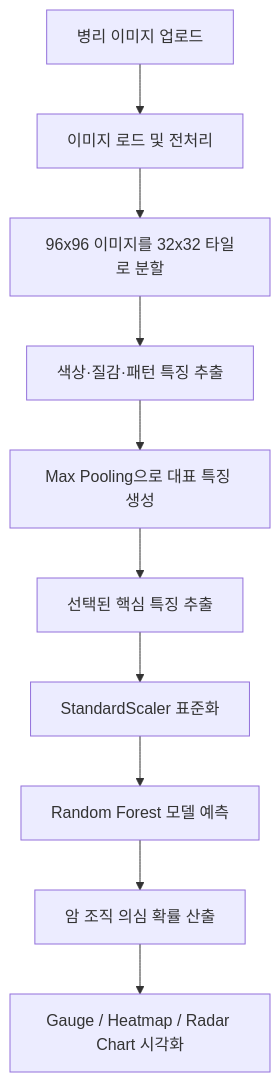
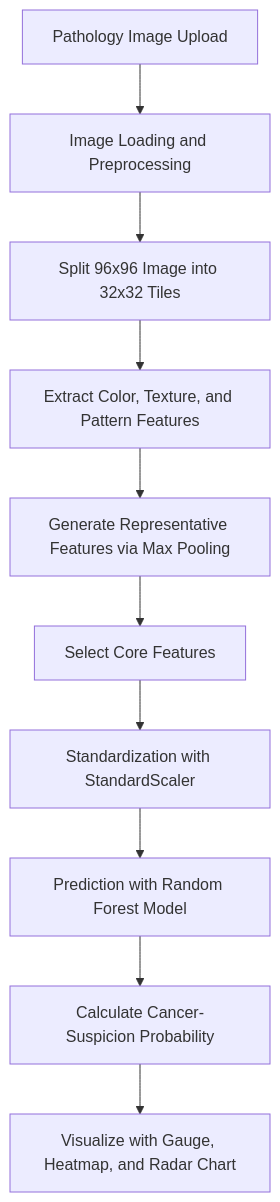
One commit to jechoi2026-00/PathoCancerAI changed the diagram in README.md. Above: the diagram before and after it, drawn with Mermaid. The commit also changed other lines of this file, not shown here.

````diff
--- a/README.md
+++ b/README.md
@@ -85,12 +85,12 @@
 ```mermaid
 flowchart TD
-    A[병리 이미지 업로드] --> B[이미지 로드 및 전처리]
-    B --> C[96x96 이미지를 32x32 타일로 분할]
-    C --> D[색상·질감·패턴 특징 추출]
-    D --> E[Max Pooling으로 대표 특징 생성]
-    E --> F[선택된 핵심 특징 추출]
-    F --> G[StandardScaler 표준화]
-    G --> H[Random Forest 모델 예측]
-    H --> I[암 조직 의심 확률 산출]
-    I --> J[Gauge / Heatmap / Radar Chart 시각화]
+    A[Pathology Image Upload] --> B[Image Loading and Preprocessing]
+    B --> C[Split 96x96 Image into 32x32 Tiles]
+    C --> D[Extract Color, Texture, and Pattern Features]
+    D --> E[Generate Representative Features via Max Pooling]
+    E --> F[Select Core Features]
+    F --> G[Standardization with StandardScaler]
+    G --> H[Prediction with Random Forest Model]
+    H --> I[Calculate Cancer-Suspicion Probability]
+    I --> J[Visualize with Gauge, Heatmap, and Radar Chart]
 ```
````
